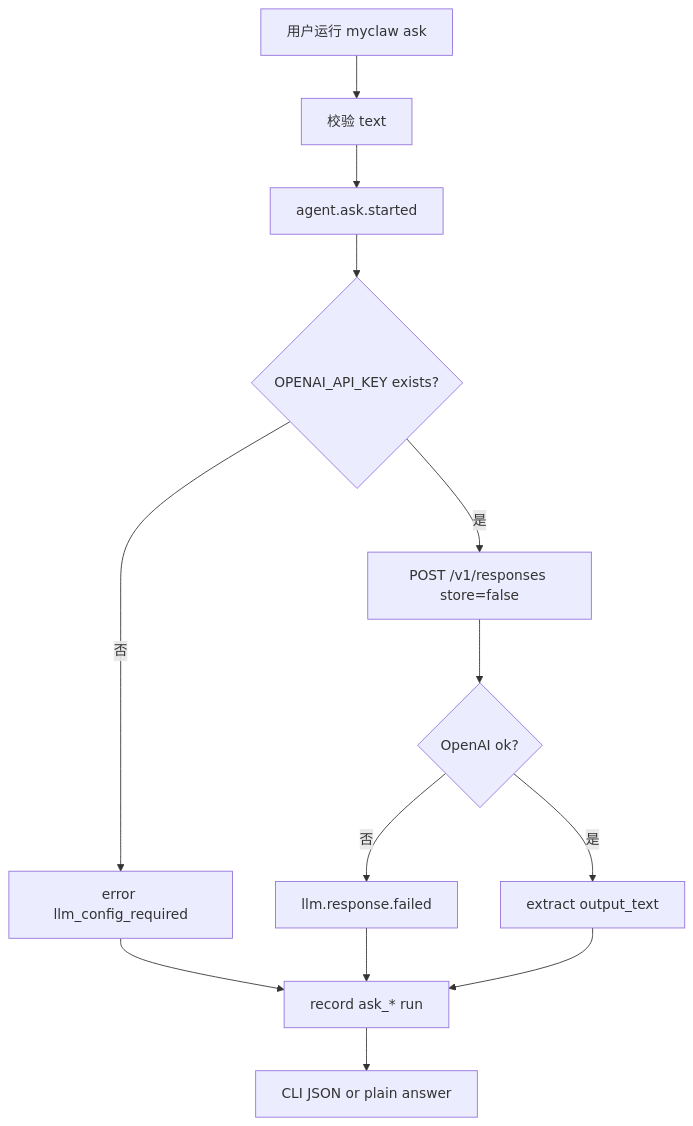
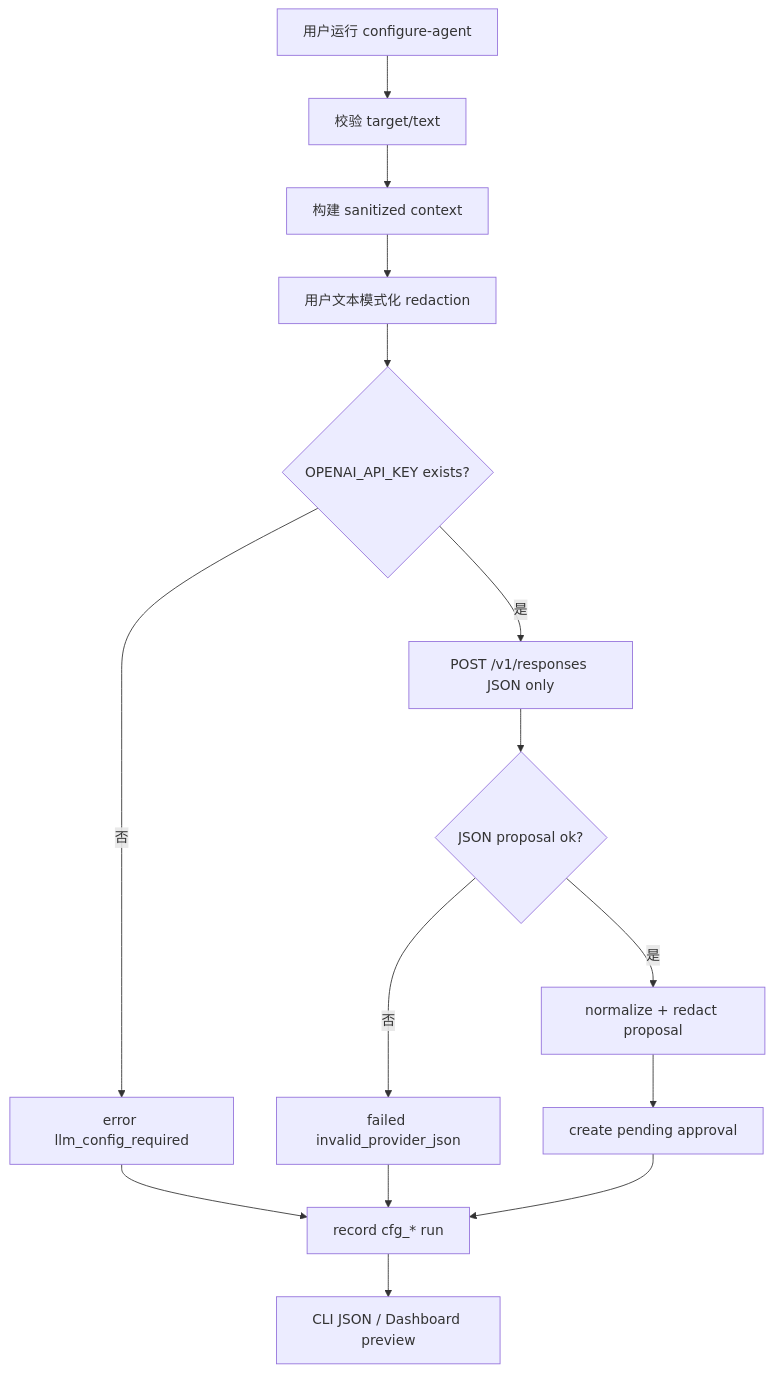
Before and after one commit to mayf3/myclaw: the fourth of 9 diagrams in docs/implementation-architecture.md, drawn with Mermaid. The commit also changed other lines of this file and 36 other files, not shown here.

Commit message:
feat: add agent config proposal smoke

````diff
--- a/docs/implementation-architecture.md
+++ b/docs/implementation-architecture.md
@@ -107,15 +116,17 @@
 ```mermaid
 flowchart TD
-  Start["用户运行 myclaw ask"] --> Validate["校验 text"]
-  Validate --> EventStart["agent.ask.started"]
-  EventStart --> Config{"OPENAI_API_KEY exists?"}
-  Config -->|否| NeedConfig["error llm_config_required"]
-  Config -->|是| Request["POST /v1/responses store=false"]
-  Request --> Response{"OpenAI ok?"}
-  Response -->|否| Failed["llm.response.failed"]
-  Response -->|是| Answer["extract output_text"]
-  Answer --> Persist["record ask_* run"]
+  Start["用户运行 configure-agent"] --> Validate["校验 target/text"]
+  Validate --> Sanitize["构建 sanitized context"]
+  Sanitize --> RedactText["用户文本模式化 redaction"]
+  RedactText --> Key{"OPENAI_API_KEY exists?"}
+  Key -->|否| NeedConfig["error llm_config_required"]
+  Key -->|是| Request["POST /v1/responses JSON only"]
+  Request --> Parse{"JSON proposal ok?"}
+  Parse -->|否| Failed["failed invalid_provider_json"]
+  Parse -->|是| Normalize["normalize + redact proposal"]
+  Normalize --> Approval["create pending approval"]
+  Approval --> Persist["record cfg_* run"]
   NeedConfig --> Persist
   Failed --> Persist
-  Persist --> Output["CLI JSON or plain answer"]
+  Persist --> Output["CLI JSON / Dashboard preview"]
 ```
````
